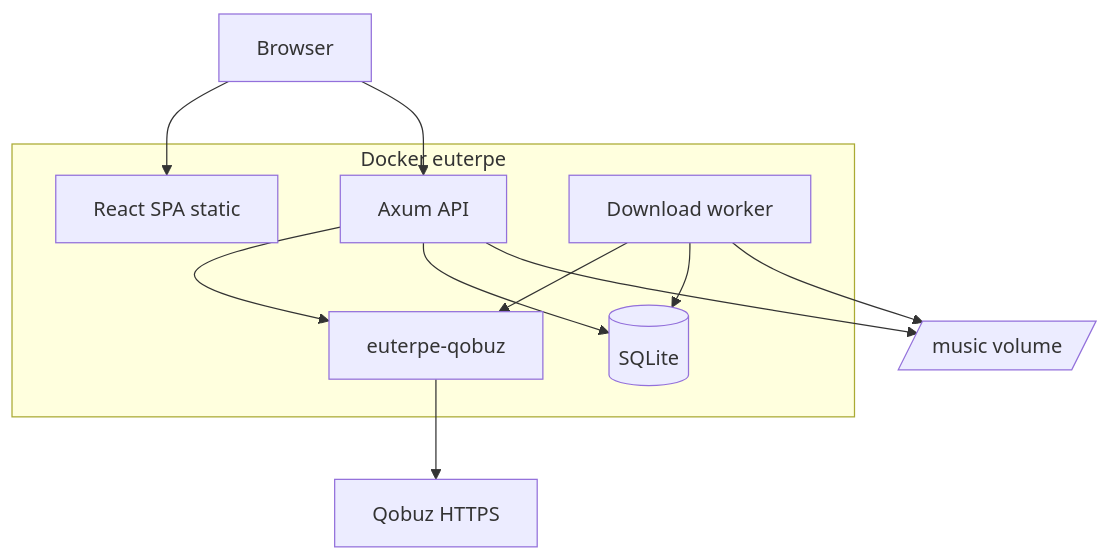
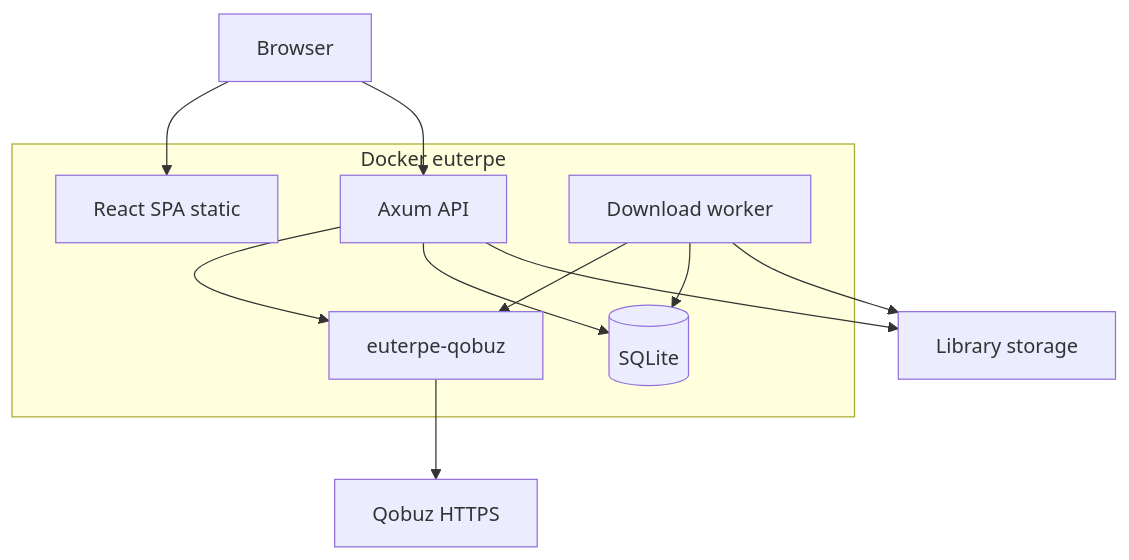
The second of 2 diagrams in docs/01-architecture/system-context.ru.md (crmaxx/euterpe), drawn with Mermaid before and after one commit. The commit also changed other lines of this file and 79 other files, not shown here.

````diff
--- a/docs/01-architecture/system-context.ru.md
+++ b/docs/01-architecture/system-context.ru.md
@@ -24,20 +24,20 @@
 ```mermaid
 flowchart TB
   subgraph container [Docker euterpe]
     SPA[React SPA static]
     API[Axum API]
     Worker[Download worker]
     DB[(SQLite)]
     Lib[euterpe-qobuz]
   end
 
   Browser --> SPA
   Browser --> API
   API --> Lib
   API --> DB
   Worker --> Lib
   Worker --> DB
-  Worker --> Music[/music volume/]
+  Worker --> Music[Library storage]
   API --> Music
   Lib --> Qobuz[Qobuz HTTPS]
 ```
````
